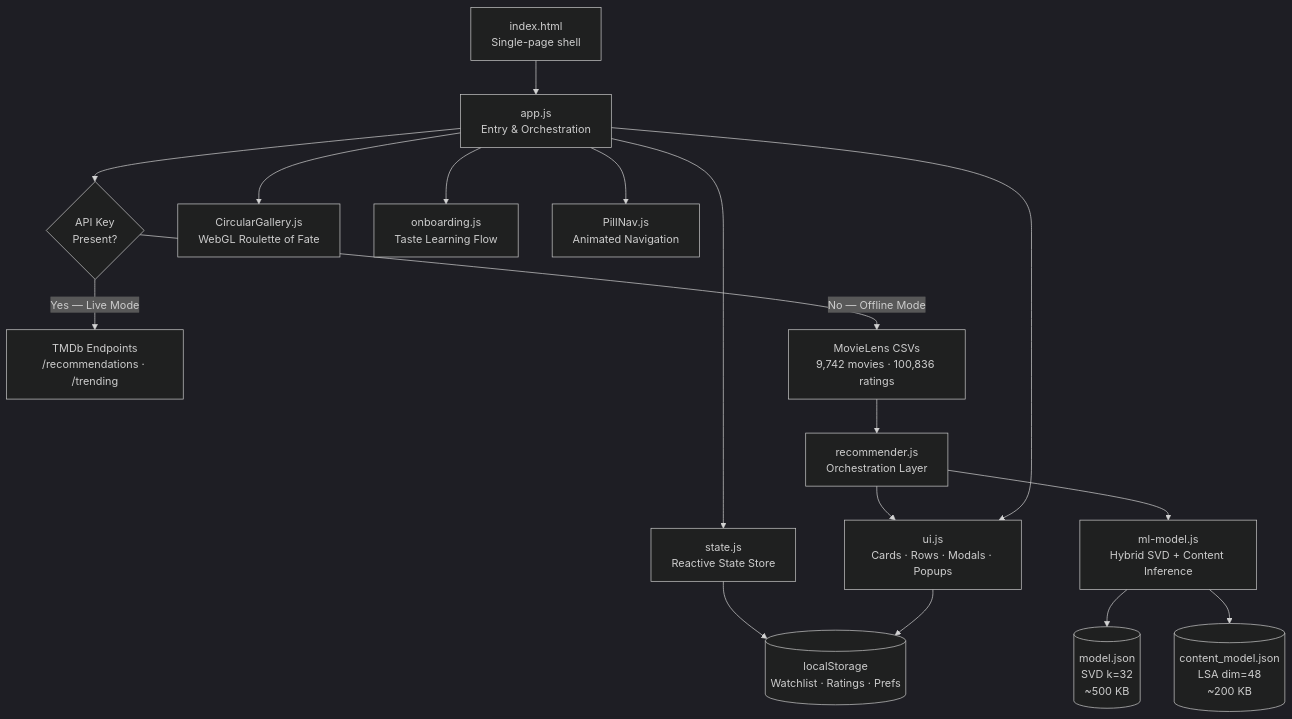
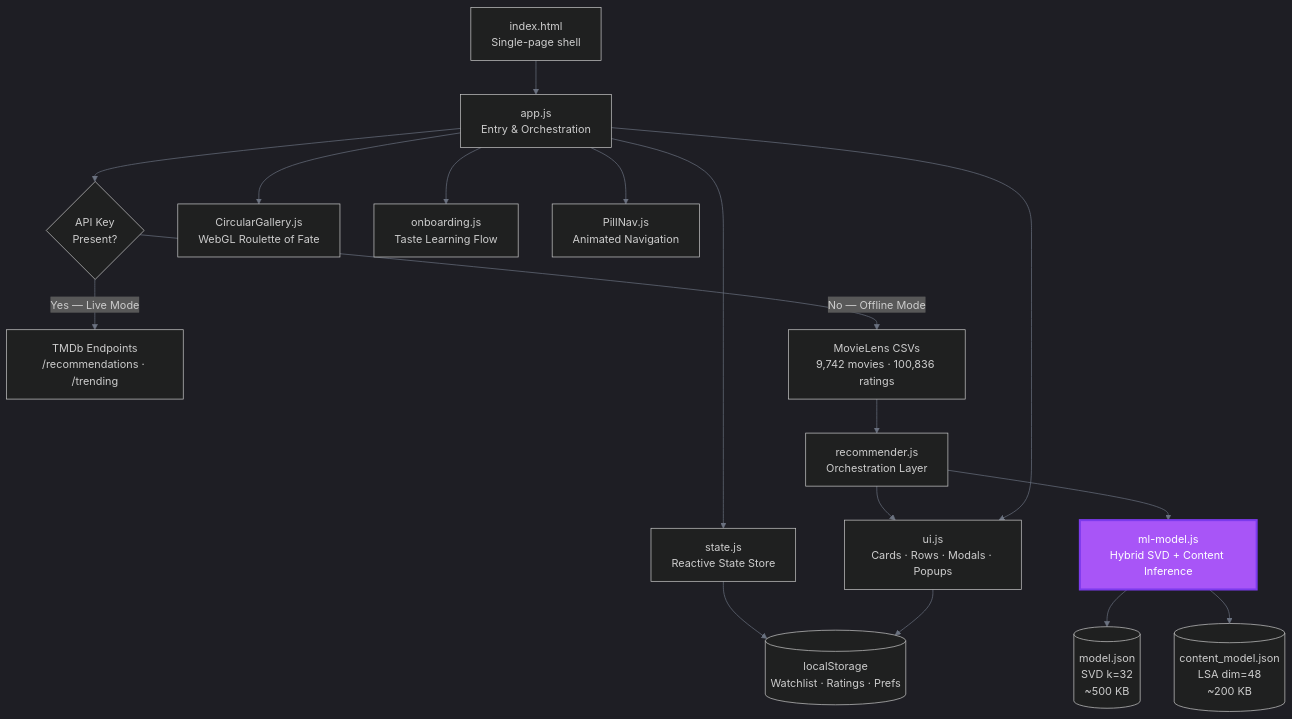
Before and after one commit to 4-thkind/Movie-Recommendation-Model: the first of 4 diagrams in README.md, drawn with Mermaid. The commit also changed other lines of this file, not shown here.

Commit message:
ewrite README to emphasize ML pipeline and optimize flowchart visuals

````diff
--- a/README.md
+++ b/README.md
@@ -83,27 +82,45 @@
 ```mermaid
-%%{init: {'theme': 'dark'}}%%
+%%{init: {'theme': 'dark', 'themeVariables': {'primaryColor': '#1f2937', 'primaryTextColor': '#e5e7eb', 'lineColor': '#6b7280', 'background': '#0d1117'}}}%%
 flowchart TD
-    A[index.html\nSingle-page shell] --> B[app.js\nEntry & Orchestration]
+    A["index.html\nSingle-page shell"]
+    B["app.js\nEntry & Orchestration"]
+    C["state.js\nReactive State Store"]
+    D{"API Key\nPresent?"}
+    E["TMDb Endpoints\n/recommendations · /trending"]
+    F["MovieLens CSVs\n9,742 movies · 100,836 ratings"]
+    G["recommender.js\nOrchestration Layer"]
+    H["ml-model.js\nHybrid SVD + Content Inference"]
+    I[("model.json\nSVD k=32\n~500 KB")]
+    J[("content_model.json\nLSA dim=48\n~200 KB")]
+    K["ui.js\nCards · Rows · Modals · Popups"]
+    L["CircularGallery.js\nWebGL Roulette of Fate"]
+    M["onboarding.js\nTaste Learning Flow"]
+    N["PillNav.js\nAnimated Navigation"]
+    O[("localStorage\nWatchlist · Ratings · Prefs")]
 
-    B --> C[state.js\nReactive State Store]
-    B --> D{API Key\nPresent?}
+    A --> B
 
-    D -->|Yes — Live Mode| E[TMDb Endpoints\n/recommendations · /trending]
-    D -->|No — Offline Mode| F[MovieLens CSVs\n9,742 movies · 100,836 ratings]
+    B --> C
+    B --> D
 
-    F --> G[recommender.js\nOrchestration Layer]
-    G --> H[ml-model.js\nHybrid SVD + Content Inference]
+    D -->|"Yes — Live Mode"| E
+    D -->|"No — Offline Mode"| F
 
-    H --> I[(model.json\nSVD k=32\n~500 KB)]
-    H --> J[(content_model.json\nLSA dim=48\n~200 KB)]
+    F --> G
+    G --> H
 
-    G --> K[ui.js\nCards · Rows · Modals · Popups]
+    H --> I
+    H --> J
+
+    G --> K
 
     B --> K
-    B --> L[CircularGallery.js\nWebGL Roulette of Fate]
-    B --> M[onboarding.js\nTaste Learning Flow]
-    B --> N[PillNav.js\nAnimated Navigation]
+    B --> L
+    B --> M
+    B --> N
 
-    C --> O[(localStorage\nWatchlist · Ratings · Prefs)]
+    C --> O
     K --> O
+
+    style H fill:#a855f7,stroke:#7c3aed,color:#fff,stroke-width:3px
 ```
````
